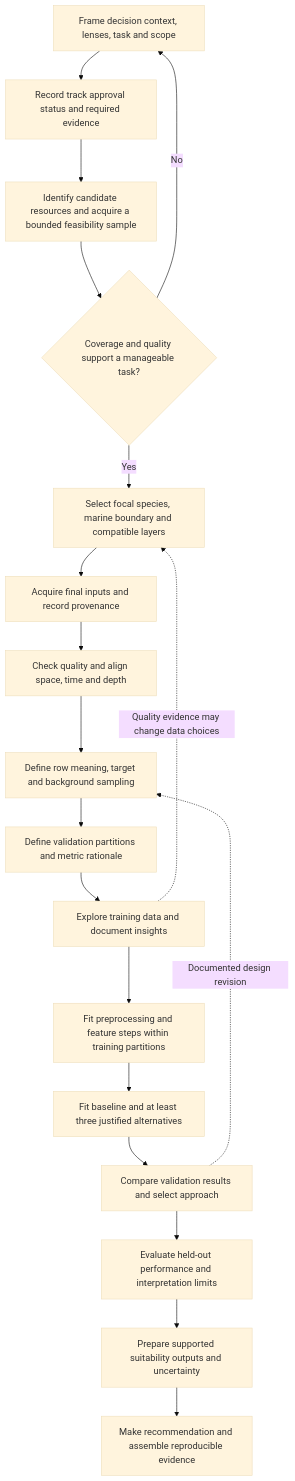
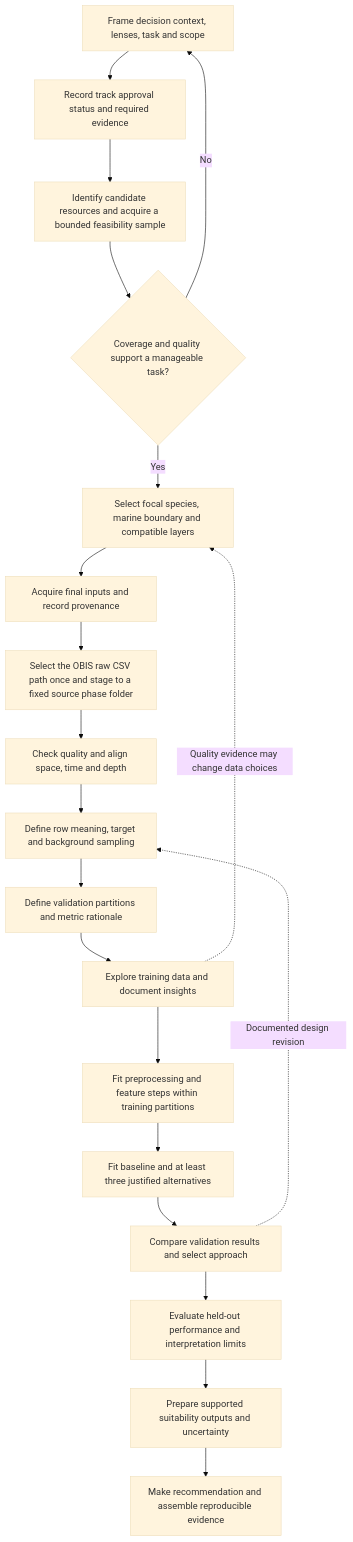
The diagram in docs/ml/ml-workflow-and-evidence-gates.md (WKS2004/OCEAVERA), drawn with Mermaid (base theme) before and after one commit. The commit also changed other lines of this file and 34 other files, not shown here.

Commit message:
Created the Initial Data Extraction for OBIS

````diff
--- a/docs/ml/ml-workflow-and-evidence-gates.md
+++ b/docs/ml/ml-workflow-and-evidence-gates.md
@@ -7,21 +7,22 @@
 ```mermaid
 flowchart TD
     A[Frame decision context, lenses, task and scope] --> B[Record track approval status and required evidence]
     B --> C[Identify candidate resources and acquire a bounded feasibility sample]
     C --> D{Coverage and quality support a manageable task?}
     D -- No --> A
     D -- Yes --> E[Select focal species, marine boundary and compatible layers]
     E --> F[Acquire final inputs and record provenance]
-    F --> G[Check quality and align space, time and depth]
-    G --> H[Define row meaning, target and background sampling]
-    H --> I[Define validation partitions and metric rationale]
-    I --> J[Explore training data and document insights]
-    J --> K[Fit preprocessing and feature steps within training partitions]
-    K --> L[Fit baseline and at least three justified alternatives]
-    L --> M[Compare validation results and select approach]
-    M --> N[Evaluate held-out performance and interpretation limits]
-    N --> O[Prepare supported suitability outputs and uncertainty]
-    O --> P[Make recommendation and assemble reproducible evidence]
-    J -. Quality evidence may change data choices .-> E
-    M -. Documented design revision .-> H
+    F --> G[Select the OBIS raw CSV path once and stage to a fixed source phase folder]
+    G --> H[Check quality and align space, time and depth]
+    H --> I[Define row meaning, target and background sampling]
+    I --> J[Define validation partitions and metric rationale]
+    J --> K[Explore training data and document insights]
+    K --> L[Fit preprocessing and feature steps within training partitions]
+    L --> M[Fit baseline and at least three justified alternatives]
+    M --> N[Compare validation results and select approach]
+    N --> O[Evaluate held-out performance and interpretation limits]
+    O --> P[Prepare supported suitability outputs and uncertainty]
+    P --> Q[Make recommendation and assemble reproducible evidence]
+    K -. Quality evidence may change data choices .-> E
+    N -. Documented design revision .-> I
 ```
````
